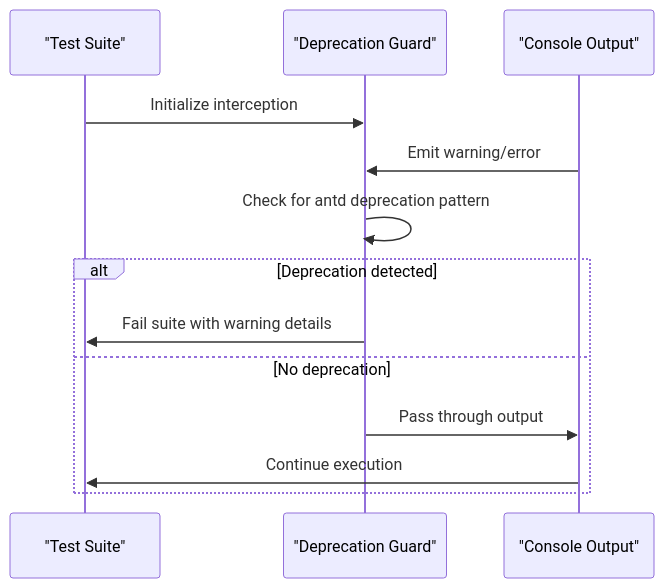
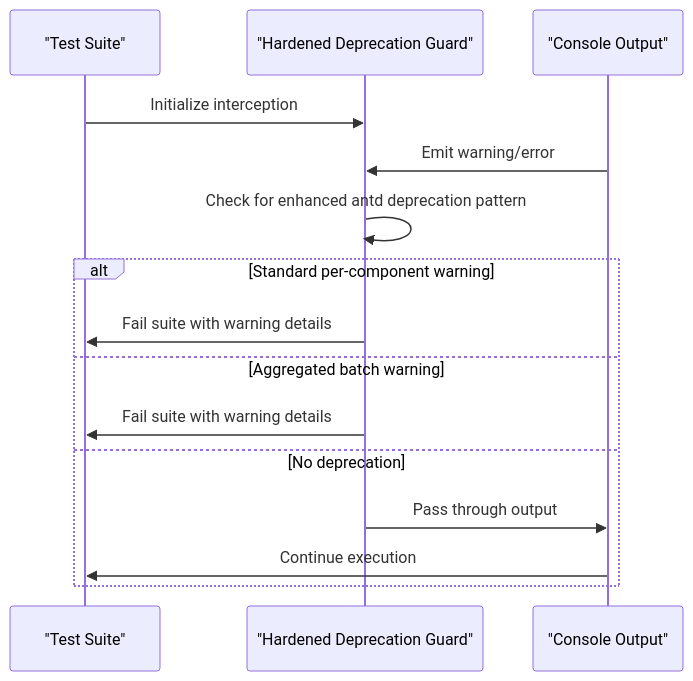
One commit to metasync/luban-aiops changed the fourth of 6 diagrams in .qoder/repowiki/en/content/Architecture Documentation/SPEC-042_ Portal Dependency Hygiene Specification.md. Above: the diagram before and after it, drawn with Mermaid. The commit also changed other lines of this file and 4 other files, not shown here.

````diff
--- a/.qoder/repowiki/en/content/Architecture Documentation/SPEC-042_ Portal Dependency Hygiene Specification.md
+++ b/.qoder/repowiki/en/content/Architecture Documentation/SPEC-042_ Portal Dependency Hygiene Specification.md
@@ -218,15 +229,17 @@
 ```mermaid
 sequenceDiagram
 participant Test as "Test Suite"
-participant Guard as "Deprecation Guard"
+participant Guard as "Hardened Deprecation Guard"
 participant Console as "Console Output"
 Test->>Guard : Initialize interception
 Console->>Guard : Emit warning/error
-Guard->>Guard : Check for antd deprecation pattern
-alt Deprecation detected
+Guard->>Guard : Check for enhanced antd deprecation pattern
+alt Standard per-component warning
+Guard->>Test : Fail suite with warning details
+else Aggregated batch warning
 Guard->>Test : Fail suite with warning details
 else No deprecation
 Guard->>Console : Pass through output
 Console->>Test : Continue execution
 end
 ```
````
